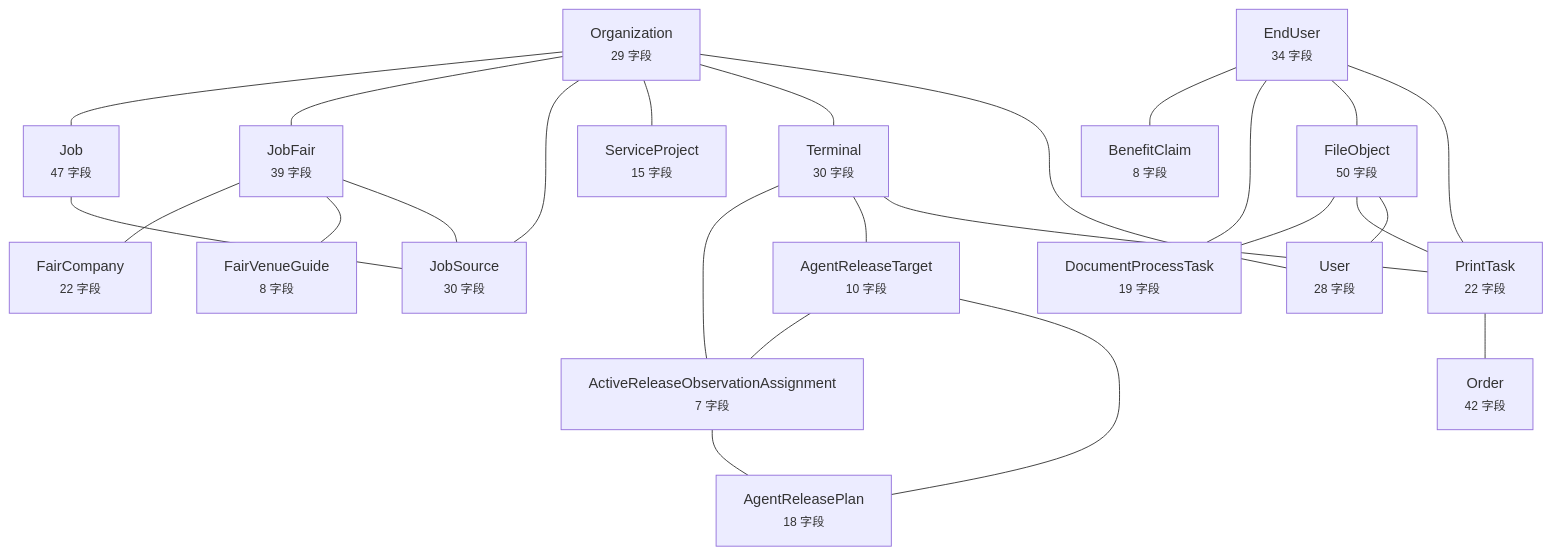
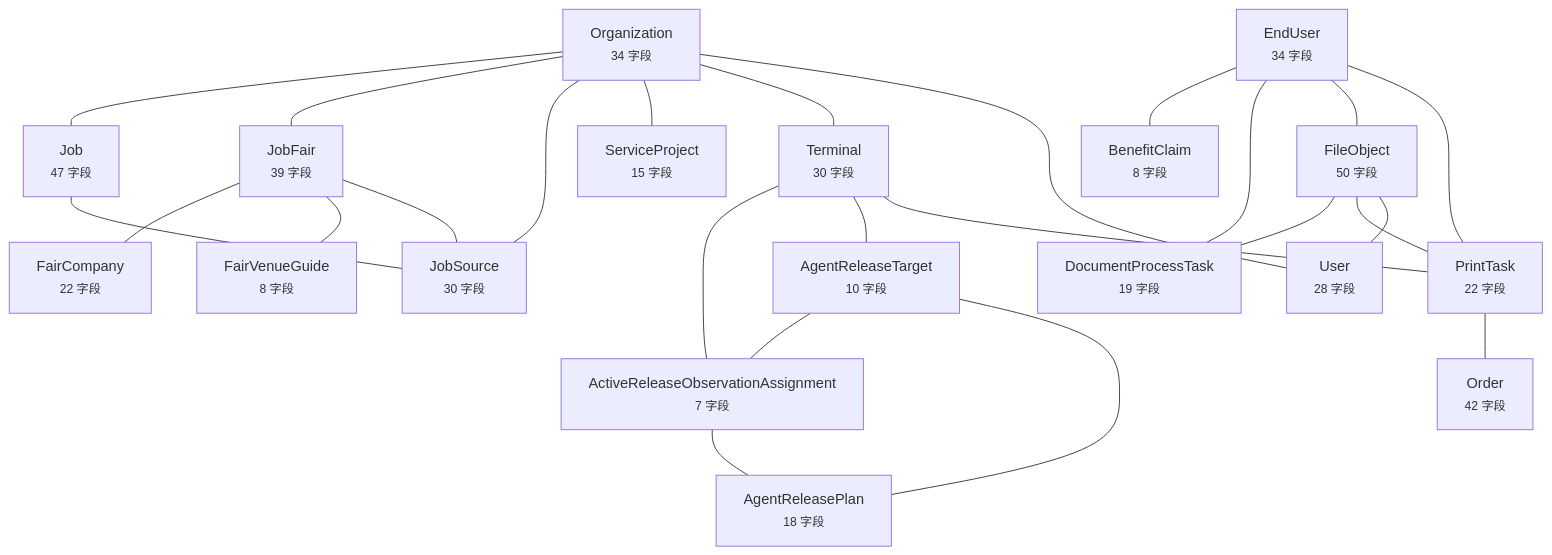
One commit to wanglei581/YITIJI changed the diagram in docs/graph/data-model.md. Above: the diagram before and after it, drawn with Mermaid. The commit also changed other lines of this file and 4 other files, not shown here.

Commit message:
图谱重出：新增贴牌与授权的端点、模型（BrandLogo、License）和 5 个门禁文件的断言关系（generate-project-graph --check 通过）

````diff
--- a/docs/graph/data-model.md
+++ b/docs/graph/data-model.md
@@ -10,45 +10,45 @@
 ```mermaid
 flowchart TD
   EndUser["EndUser<br/><small>34 字段</small>"]
-  Organization["Organization<br/><small>29 字段</small>"]
+  Organization["Organization<br/><small>34 字段</small>"]
   Terminal["Terminal<br/><small>30 字段</small>"]
   FileObject["FileObject<br/><small>50 字段</small>"]
   Job["Job<br/><small>47 字段</small>"]
   JobFair["JobFair<br/><small>39 字段</small>"]
   JobSource["JobSource<br/><small>30 字段</small>"]
   User["User<br/><small>28 字段</small>"]
   PrintTask["PrintTask<br/><small>22 字段</small>"]
   AgentReleaseTarget["AgentReleaseTarget<br/><small>10 字段</small>"]
   Order["Order<br/><small>42 字段</small>"]
   ServiceProject["ServiceProject<br/><small>15 字段</small>"]
   ActiveReleaseObservationAssignment["ActiveReleaseObservationAssignment<br/><small>7 字段</small>"]
   AgentReleasePlan["AgentReleasePlan<br/><small>18 字段</small>"]
   BenefitClaim["BenefitClaim<br/><small>8 字段</small>"]
   DocumentProcessTask["DocumentProcessTask<br/><small>19 字段</small>"]
   FairCompany["FairCompany<br/><small>22 字段</small>"]
   FairVenueGuide["FairVenueGuide<br/><small>8 字段</small>"]
   EndUser --- BenefitClaim
   EndUser --- DocumentProcessTask
   EndUser --- FileObject
   EndUser --- PrintTask
   Organization --- Job
   Organization --- JobFair
   Organization --- JobSource
   Organization --- ServiceProject
   Organization --- Terminal
   Organization --- User
   Terminal --- ActiveReleaseObservationAssignment
   Terminal --- AgentReleaseTarget
   Terminal --- PrintTask
   FileObject --- DocumentProcessTask
   FileObject --- PrintTask
   FileObject --- User
   Job --- JobSource
   JobFair --- FairCompany
   JobFair --- FairVenueGuide
   JobFair --- JobSource
   PrintTask --- Order
   AgentReleaseTarget --- ActiveReleaseObservationAssignment
   AgentReleaseTarget --- AgentReleasePlan
   ActiveReleaseObservationAssignment --- AgentReleasePlan
 ```
````
